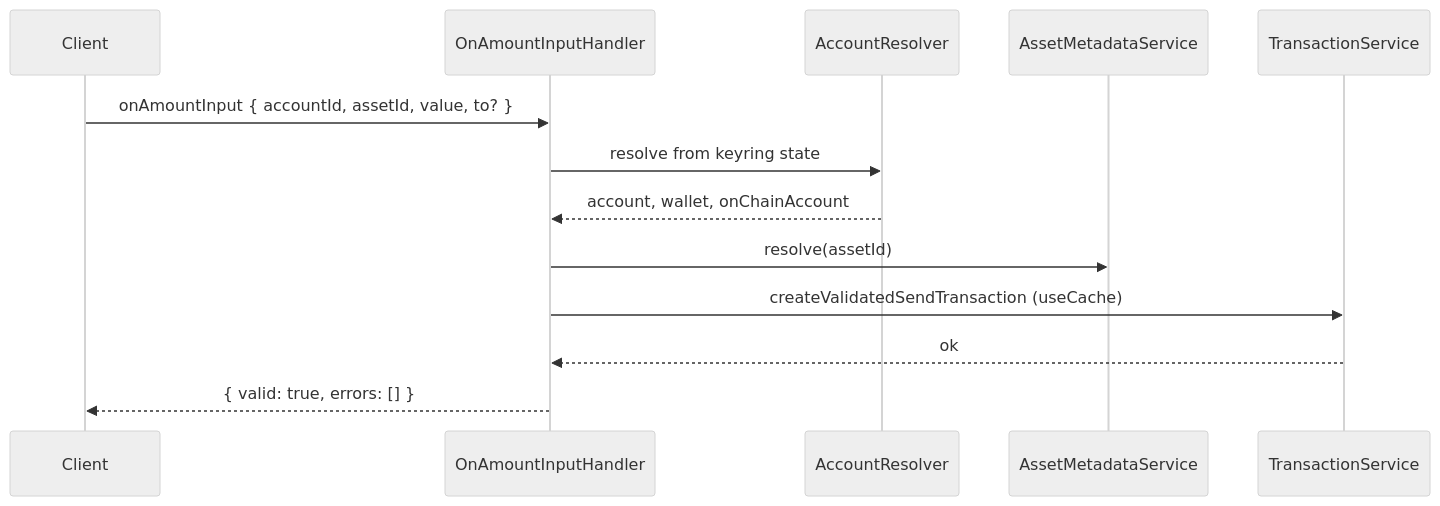
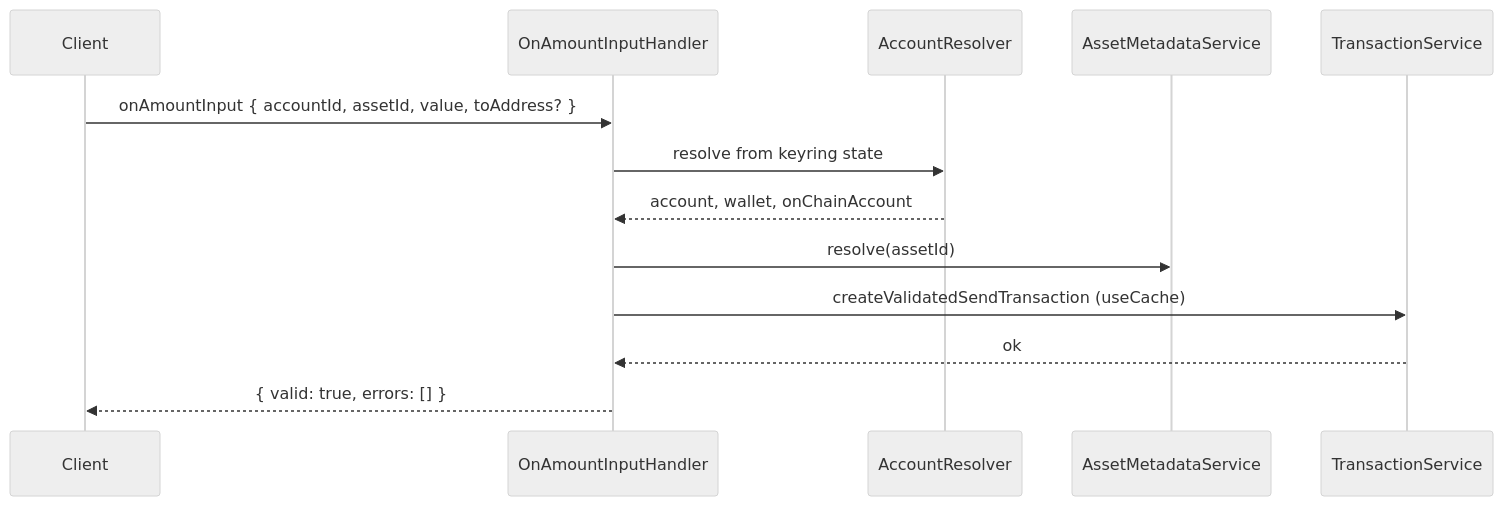
The diagram in packages/stellar-wallet-snap/docs/use-cases/client-request/onAmountInput.md (MetaMask/internal-snaps), drawn with Mermaid (neutral theme) before and after one commit. The commit also changed other lines of this file and 4 other files, not shown here.

Commit message:
fix(stellar): fix the onAmountInput param

````diff
--- a/packages/stellar-wallet-snap/docs/use-cases/client-request/onAmountInput.md
+++ b/packages/stellar-wallet-snap/docs/use-cases/client-request/onAmountInput.md
@@ -62,16 +62,16 @@
 ```mermaid
 sequenceDiagram
   participant Client
   participant Handler as OnAmountInputHandler
   participant Resolver as AccountResolver
   participant Meta as AssetMetadataService
   participant Tx as TransactionService
 
-  Client->>Handler: onAmountInput { accountId, assetId, value, to? }
+  Client->>Handler: onAmountInput { accountId, assetId, value, toAddress? }
   Handler->>Resolver: resolve from keyring state
   Resolver-->>Handler: account, wallet, onChainAccount
   Handler->>Meta: resolve(assetId)
   Handler->>Tx: createValidatedSendTransaction (useCache)
   Tx-->>Handler: ok
   Handler-->>Client: { valid: true, errors: [] }
 ```
````
